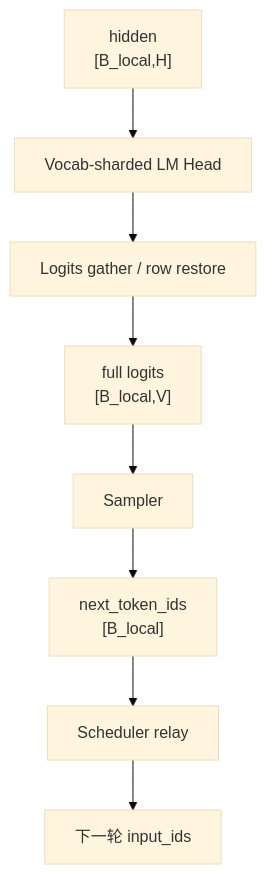
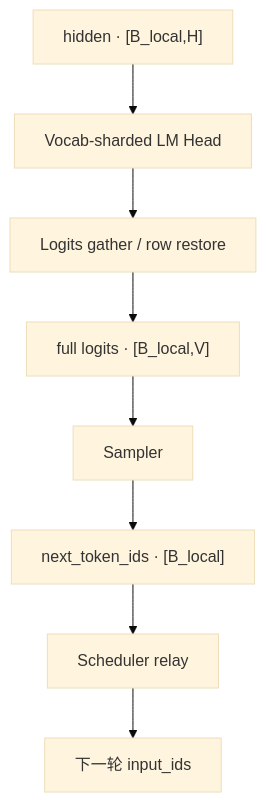
Before and after one commit to AkiYangDev/llm-inference-notes: the seventh of 7 diagrams in docs/fundamentals/sglang-decode-source-reading-primer.md, drawn with Mermaid (base theme). The commit also changed other lines of this file and 44 other files, not shown here.

```diff
--- a/docs/fundamentals/sglang-decode-source-reading-primer.md
+++ b/docs/fundamentals/sglang-decode-source-reading-primer.md
@@ -679,13 +598,13 @@
 ~~~mermaid
 flowchart TD
-    H["hidden<br/>[B_local,H]"]
+    H["hidden · [B_local,H]"]
     LM["Vocab-sharded LM Head"]
     G["Logits gather / row restore"]
-    L["full logits<br/>[B_local,V]"]
+    L["full logits · [B_local,V]"]
     S["Sampler"]
-    N["next_token_ids<br/>[B_local]"]
+    N["next_token_ids · [B_local]"]
     R["Scheduler relay"]
     I["下一轮 input_ids"]
 
     H --> LM --> G --> L --> S --> N --> R --> I
 ~~~
```
